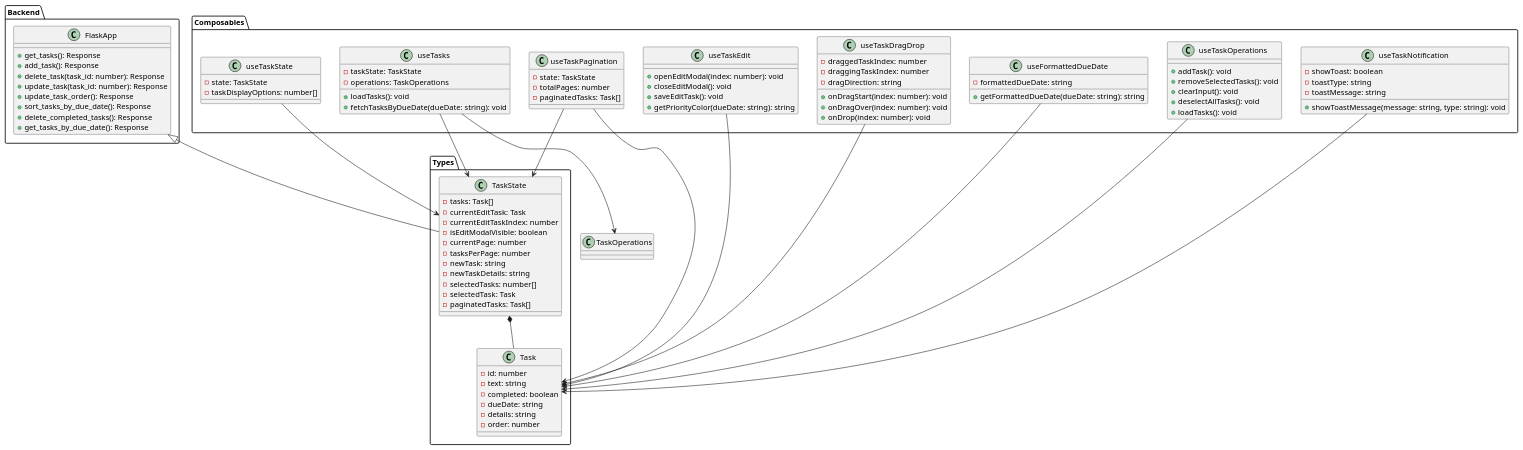
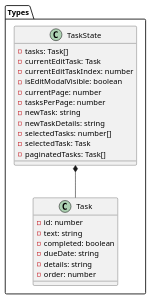
The second of 4 diagrams in docs/puml/TaskClassDiagram.puml (Takayuki-Suda/nuxt-todo-app-document), drawn with PlantUML before and after one commit. The commit also changed other lines of this file and 16 other files, not shown here.

Commit message:
refactor: タスククラス図のPNGファイルを分割し、視認性を向上

```diff
--- a/docs/puml/TaskClassDiagram.puml
+++ b/docs/puml/TaskClassDiagram.puml
@@ -1,108 +15,28 @@
 @startuml
-package "Backend" {
-  class FlaskApp {
-    + get_tasks(): Response
-    + add_task(): Response
-    + delete_task(task_id: number): Response
-    + update_task(task_id: number): Response
-    + update_task_order(): Response
-    + sort_tasks_by_due_date(): Response
-    + delete_completed_tasks(): Response
-    + get_tasks_by_due_date(): Response
-  }
-}
-
 package "Types" {
   class TaskState {
     - tasks: Task[]
     - currentEditTask: Task
     - currentEditTaskIndex: number
     - isEditModalVisible: boolean
     - currentPage: number
     - tasksPerPage: number
     - newTask: string
     - newTaskDetails: string
     - selectedTasks: number[]
     - selectedTask: Task
     - paginatedTasks: Task[]
   }
 
   class Task {
     - id: number
     - text: string
     - completed: boolean
     - dueDate: string
     - details: string
     - order: number
   }
+
+  TaskState *-- Task
 }
-
-package "Composables" {
-  class useTasks {
-    - taskState: TaskState
-    - operations: TaskOperations
-    + loadTasks(): void
-    + fetchTasksByDueDate(dueDate: string): void
-  }
-
-  class useTaskPagination {
-    - state: TaskState
-    - totalPages: number
-    - paginatedTasks: Task[]
-  }
-
-  class useTaskOperations {
-    + addTask(): void
-    + removeSelectedTasks(): void
-    + clearInput(): void
-    + deselectAllTasks(): void
-    + loadTasks(): void
-  }
-
-  class useTaskNotification {
-    - showToast: boolean
-    - toastType: string
-    - toastMessage: string
-    + showToastMessage(message: string, type: string): void
-  }
-
-  class useTaskEdit {
-    + openEditModal(index: number): void
-    + closeEditModal(): void
-    + saveEditTask(): void
-    + getPriorityColor(dueDate: string): string
-  }
-
-  class useTaskDragDrop {
-    - draggedTaskIndex: number
-    - draggingTaskIndex: number
-    - dragDirection: string
-    + onDragStart(index: number): void
-    + onDragOver(index: number): void
-    + onDrop(index: number): void
-  }
-
-  class useFormattedDueDate {
-    - formattedDueDate: string
-    + getFormattedDueDate(dueDate: string): string
-  }
-
-  class useTaskState {
-    - state: TaskState
-    - taskDisplayOptions: number[]
-  }
-}
-
-FlaskApp <|-- TaskState
-TaskState *-- Task
-useTasks --> TaskState
-useTasks --> TaskOperations
-useTaskPagination --> TaskState
-useTaskPagination --> Task
-useTaskOperations --> Task
-useTaskNotification --> Task
-useTaskEdit --> Task
-useTaskDragDrop --> Task
-useFormattedDueDate --> Task
-useTaskState --> TaskState
 @enduml
```
